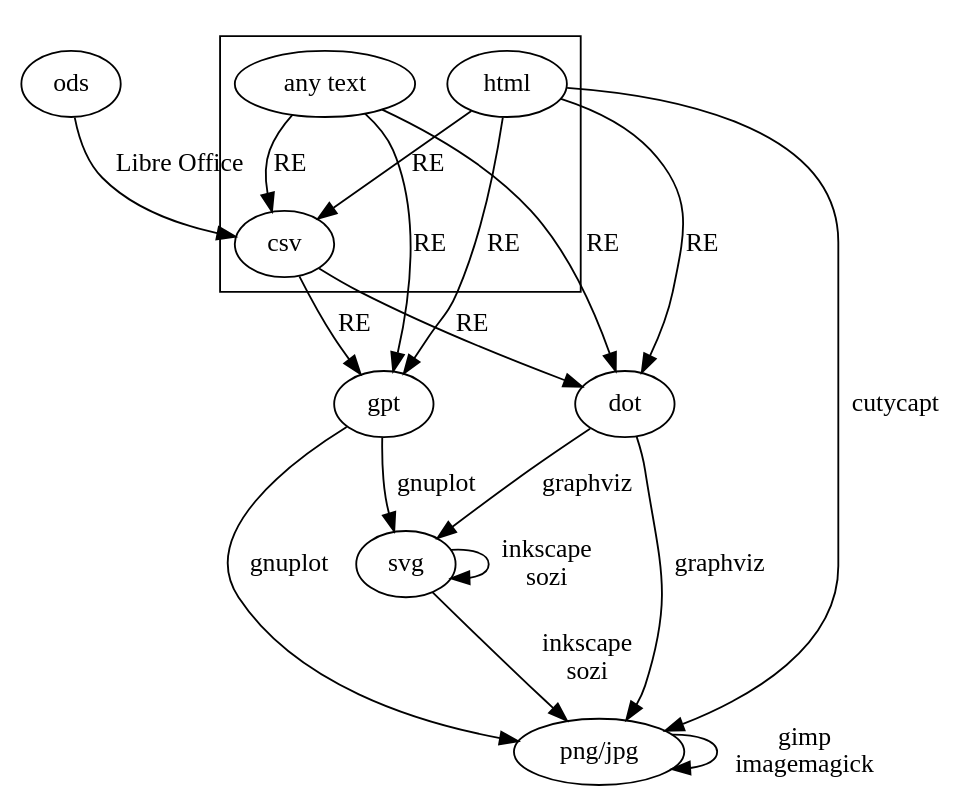
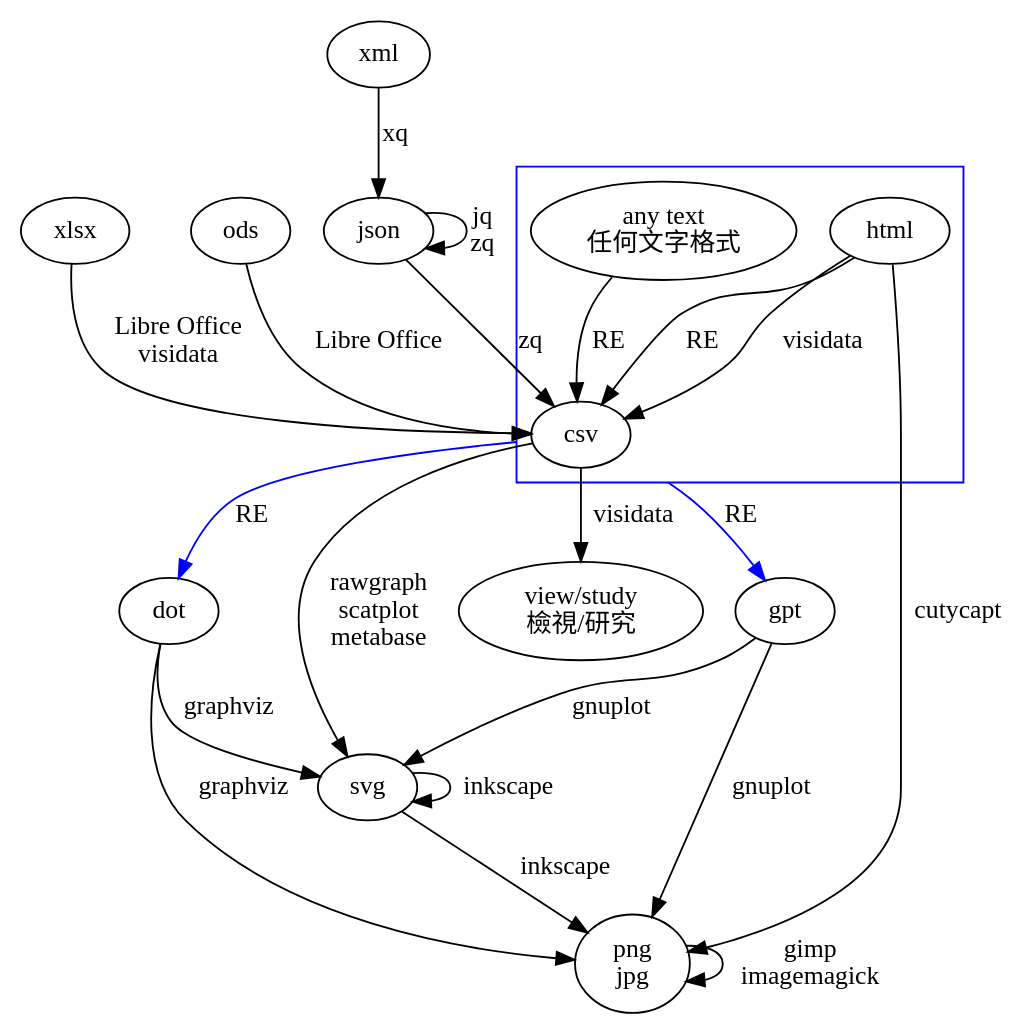
The diagram in a/m/16/graphic-workflow.dot (ckhung/ckhung.github.io), drawn with Graphviz before and after one commit. The commit also changed 1 other file, not shown here.

Commit message:
graphic-workflow.dot： 新增 jq、 zq、 visidata

```diff
--- a/a/m/16/graphic-workflow.dot
+++ b/a/m/16/graphic-workflow.dot
@@ -1,20 +1,31 @@
 // dot -Tsvg graphic-workflow.dot -o graphic-workflow.svg
 digraph "檔案格式為中心的繪圖工作流程" {
 
     overlap = scale;
+    compound = true;
 
     subgraph cluster_text {
-	text [ label="any text" ];
+	text [ label="any text\n任何文字格式" ];
+	color = "blue";
+	fillcolor = "white";
 	{ text html } -> csv [ label="RE" ];
     }
 
-    graphic [ label="png/jpg" ];
+    raster [ label="png\njpg" ];
+    view [ label="view/study\n檢視/研究" ];
 
-    html -> graphic [ label="cutycapt" ];
-    { text html csv } -> { dot gpt } [ label="RE" ];
+    xml -> json [ label="xq" ];
+    json -> json [ label="jq\nzq" ];
+    json -> csv [ label="zq" ];
+    xlsx -> csv [ label="Libre Office\nvisidata" ];
+    html -> csv [ label="visidata" ];
+    csv -> view [ label="visidata" ];
+    csv -> svg [ label="rawgraph\nscatplot\nmetabase" ];
+    csv -> { dot gpt } [ ltail=cluster_text; label="RE"; color="blue" ];
+    html -> raster [ label="cutycapt" ];
     ods -> csv [ label="Libre Office" ];
-    dot -> { svg graphic } [ label="graphviz" ];
-    svg -> { svg graphic } [ label="inkscape\nsozi" ];
-    gpt -> { svg graphic } [ label="gnuplot" ];
-    graphic -> graphic [ label="gimp\nimagemagick" ];
+    dot -> { svg raster } [ label="graphviz" ];
+    svg -> { svg raster } [ label="inkscape" ];
+    gpt -> { svg raster } [ label="gnuplot" ];
+    raster -> raster [ label="gimp\nimagemagick" ];
 }
```
